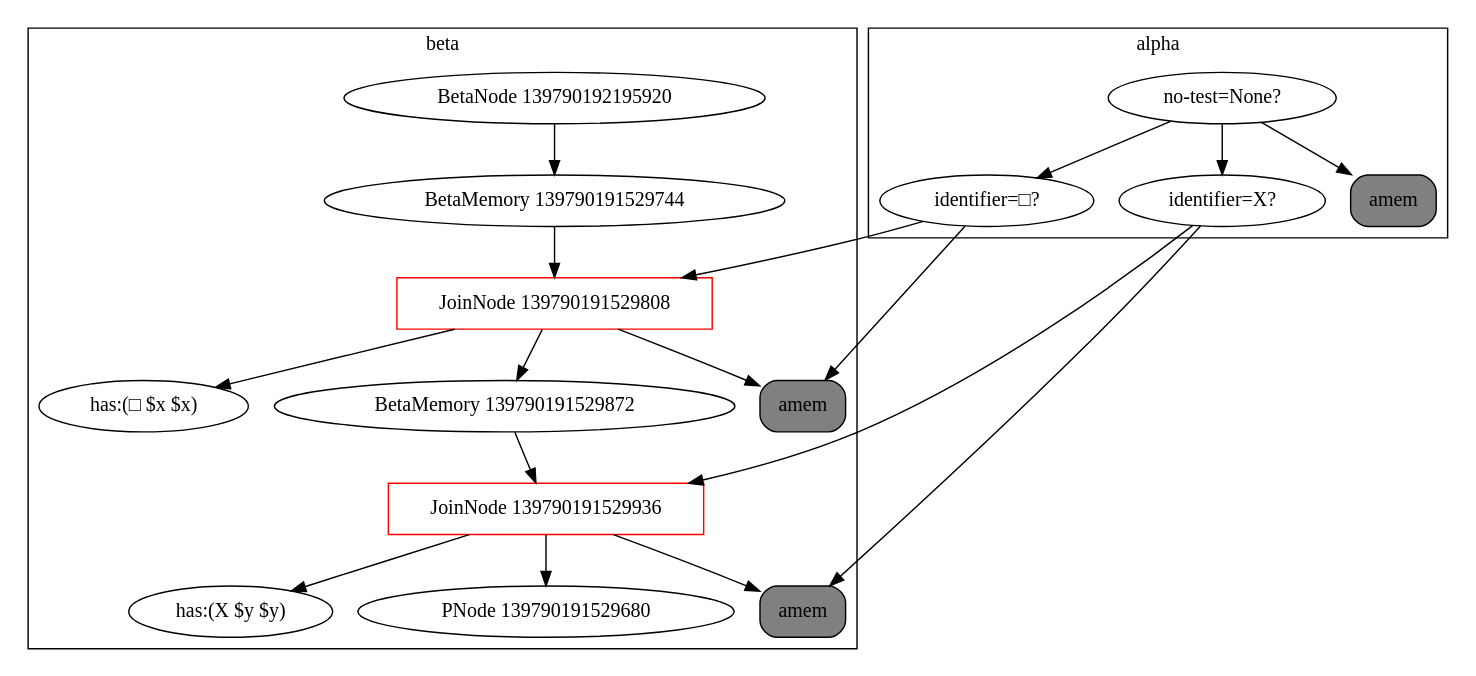
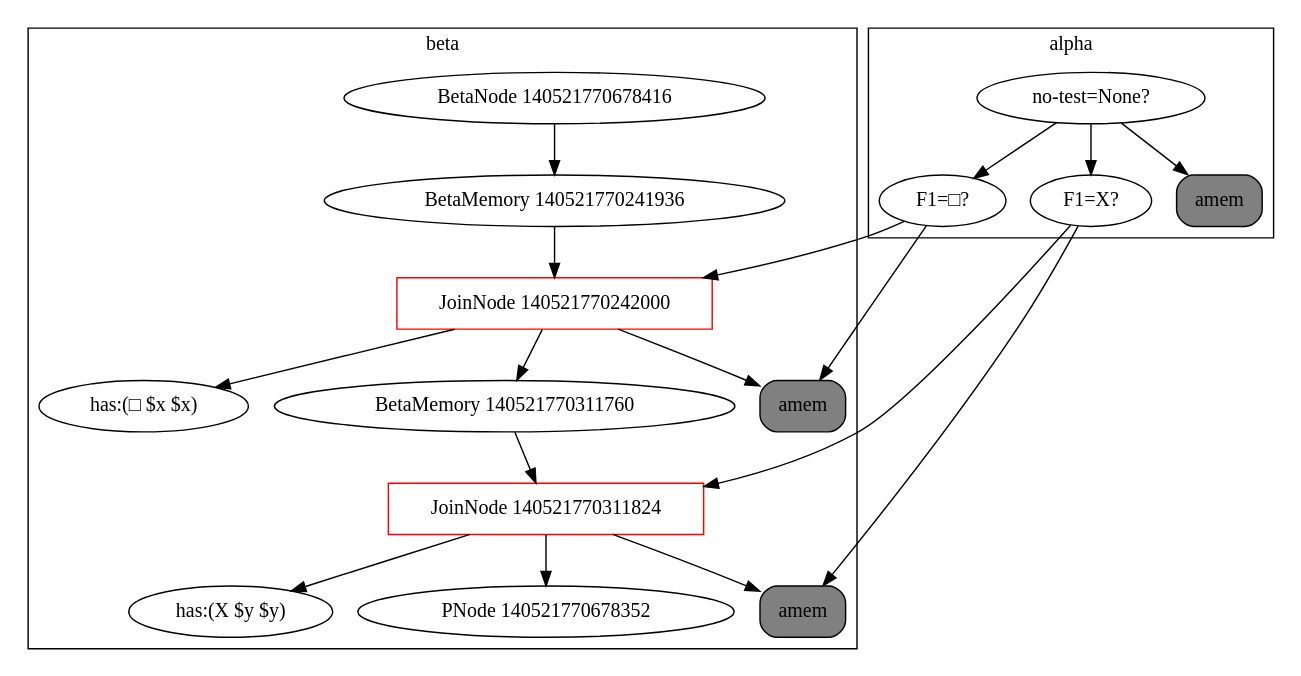
The diagram in genifer6/rete.dot (Cybernetic1/python), drawn with Graphviz before and after one commit. The commit also changed 2 other files, not shown here.

```diff
--- a/genifer6/rete.dot
+++ b/genifer6/rete.dot
@@ -1,29 +1,29 @@
 digraph {
     subgraph cluster_1 {
     label = beta
-    "BetaNode 139790192195920" -> "BetaMemory 139790191529744";
-    "BetaMemory 139790191529744" -> "JoinNode 139790191529808";
-    "JoinNode 139790191529808" -> "amem:<rete.alpha.AlphaMemory instance at 0x7f2370b56bd8>"
-    "JoinNode 139790191529808" [shape=box, color=red];
-    "JoinNode 139790191529808" -> "has:(□ $x $x)"
-    "JoinNode 139790191529808" -> "BetaMemory 139790191529872";
-    "BetaMemory 139790191529872" -> "JoinNode 139790191529936";
-    "JoinNode 139790191529936" -> "amem:<rete.alpha.AlphaMemory instance at 0x7f2370b56c68>"
-    "JoinNode 139790191529936" [shape=box, color=red];
-    "JoinNode 139790191529936" -> "has:(X $y $y)"
-    "JoinNode 139790191529936" -> "PNode 139790191529680";
+    "BetaNode 140521770678416" -> "BetaMemory 140521770241936";
+    "BetaMemory 140521770241936" -> "JoinNode 140521770242000";
+    "JoinNode 140521770242000" -> "amem:<rete.alpha.AlphaMemory instance at 0x7fcdc632f290>"
+    "JoinNode 140521770242000" [shape=box, color=red];
+    "JoinNode 140521770242000" -> "has:(□ $x $x)"
+    "JoinNode 140521770242000" -> "BetaMemory 140521770311760";
+    "BetaMemory 140521770311760" -> "JoinNode 140521770311824";
+    "JoinNode 140521770311824" -> "amem:<rete.alpha.AlphaMemory instance at 0x7fcdc632f320>"
+    "JoinNode 140521770311824" [shape=box, color=red];
+    "JoinNode 140521770311824" -> "has:(X $y $y)"
+    "JoinNode 140521770311824" -> "PNode 140521770678352";
     }
     subgraph cluster_0 {
     label = alpha
-    "no-test=None?" -> "identifier=□?";
-    "identifier=□?" -> "amem:<rete.alpha.AlphaMemory instance at 0x7f2370b56bd8>";
-    "amem:<rete.alpha.AlphaMemory instance at 0x7f2370b56bd8>" [shape=box, style="rounded,filled", label="amem", fillcolor=gray];
-    "no-test=None?" -> "identifier=X?";
-    "identifier=X?" -> "amem:<rete.alpha.AlphaMemory instance at 0x7f2370b56c68>";
-    "amem:<rete.alpha.AlphaMemory instance at 0x7f2370b56c68>" [shape=box, style="rounded,filled", label="amem", fillcolor=gray];
-    "no-test=None?" -> "amem:<rete.alpha.AlphaMemory instance at 0x7f2370b56a28>";
-    "amem:<rete.alpha.AlphaMemory instance at 0x7f2370b56a28>" [shape=box, style="rounded,filled", label="amem", fillcolor=gray];
+    "no-test=None?" -> "F1=□?";
+    "F1=□?" -> "amem:<rete.alpha.AlphaMemory instance at 0x7fcdc632f290>";
+    "amem:<rete.alpha.AlphaMemory instance at 0x7fcdc632f290>" [shape=box, style="rounded,filled", label="amem", fillcolor=gray];
+    "no-test=None?" -> "F1=X?";
+    "F1=X?" -> "amem:<rete.alpha.AlphaMemory instance at 0x7fcdc632f320>";
+    "amem:<rete.alpha.AlphaMemory instance at 0x7fcdc632f320>" [shape=box, style="rounded,filled", label="amem", fillcolor=gray];
+    "no-test=None?" -> "amem:<rete.alpha.AlphaMemory instance at 0x7fcdc632f0e0>";
+    "amem:<rete.alpha.AlphaMemory instance at 0x7fcdc632f0e0>" [shape=box, style="rounded,filled", label="amem", fillcolor=gray];
     }
-    "identifier=□?" -> "JoinNode 139790191529808";
-    "identifier=X?" -> "JoinNode 139790191529936";
+    "F1=□?" -> "JoinNode 140521770242000";
+    "F1=X?" -> "JoinNode 140521770311824";
 }
```
